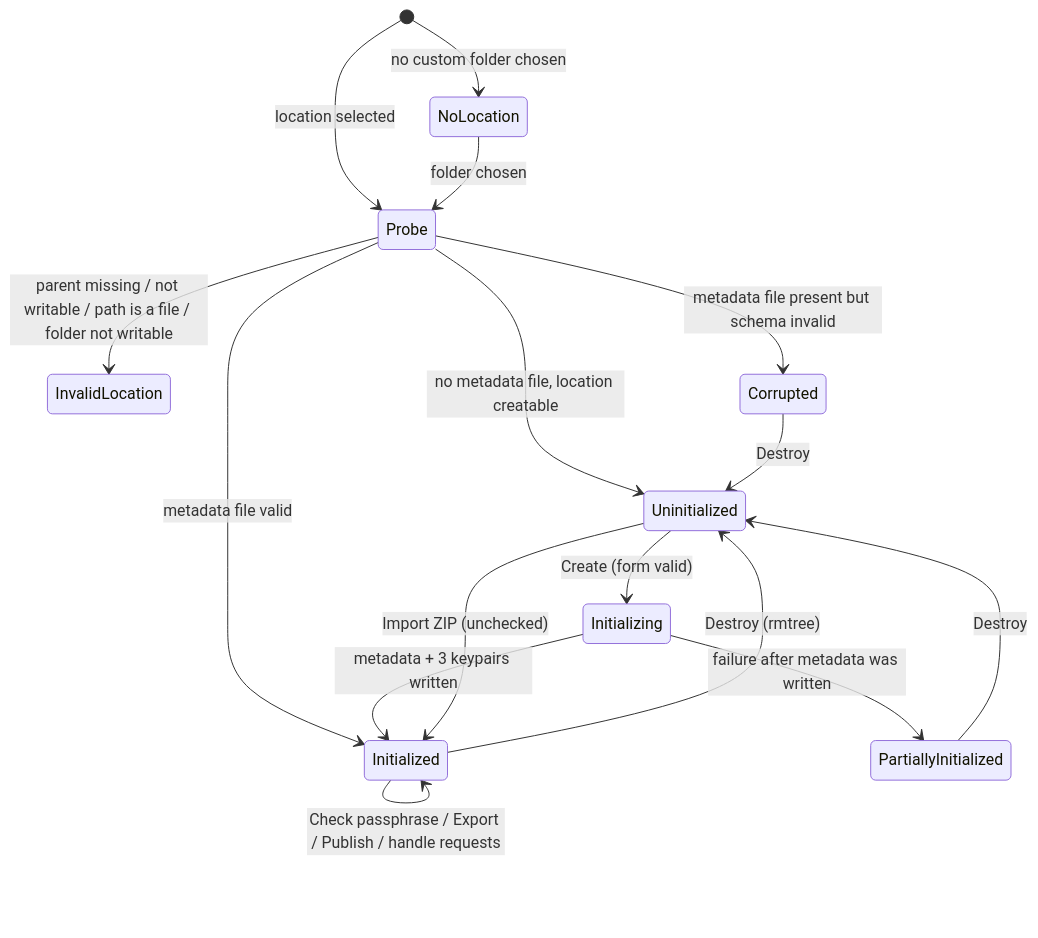
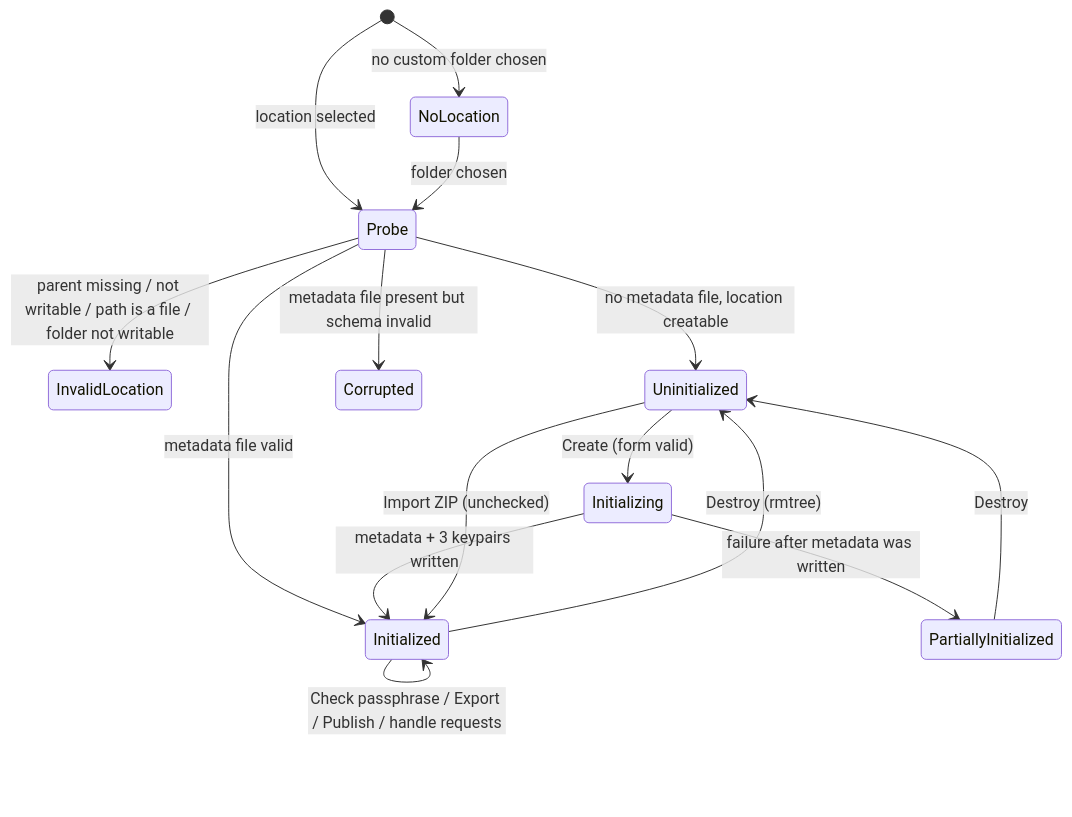
One commit to WitnessAngel/witness-angel-authenticator changed the first of 6 diagrams in specifications/03-business-logic.md. Above: the diagram before and after it, drawn with Mermaid. The commit also changed other lines of this file and 4 other files, not shown here.

````diff
--- a/specifications/03-business-logic.md
+++ b/specifications/03-business-logic.md
@@ -51,18 +51,17 @@
 ```mermaid
 stateDiagram-v2
     [*] --> NoLocation: no custom folder chosen
     [*] --> Probe: location selected
     Probe --> InvalidLocation: parent missing / not writable / path is a file / folder not writable
     Probe --> Uninitialized: no metadata file, location creatable
     Probe --> Corrupted: metadata file present but schema invalid
     Probe --> Initialized: metadata file valid
     Uninitialized --> Initializing: Create (form valid)
     Initializing --> Initialized: metadata + 3 keypairs written
     Initializing --> PartiallyInitialized: failure after metadata was written
     Uninitialized --> Initialized: Import ZIP (unchecked)
     Initialized --> Uninitialized: Destroy (rmtree)
     PartiallyInitialized --> Uninitialized: Destroy
-    Corrupted --> Uninitialized: Destroy
     Initialized --> Initialized: Check passphrase / Export / Publish / handle requests
     NoLocation --> Probe: folder chosen
 ```
````
